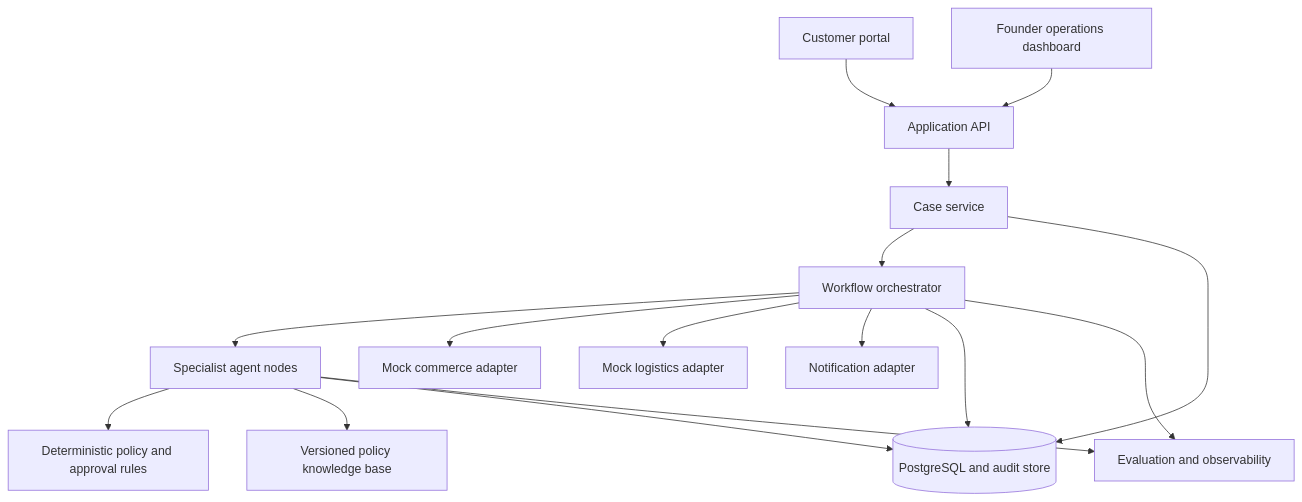
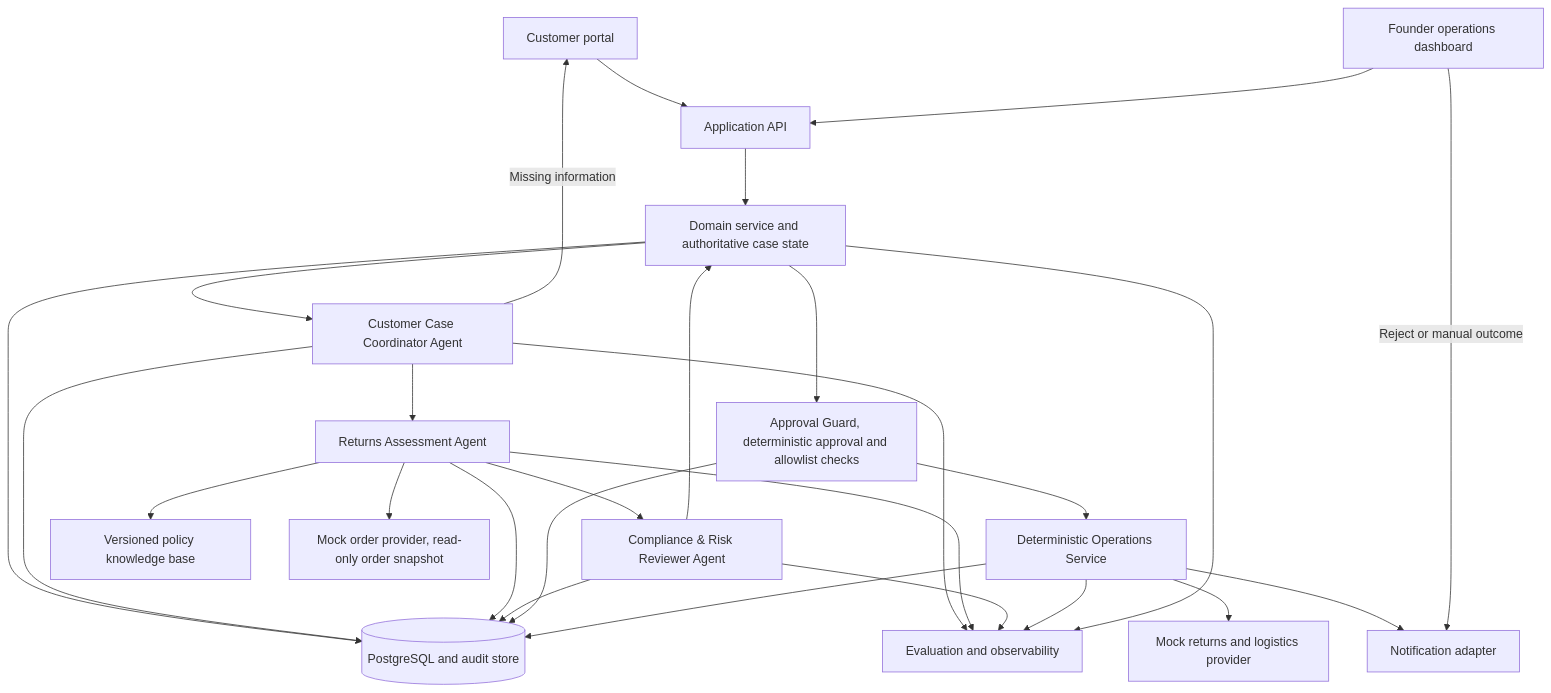
Before and after one commit to shuxiachai/returnops-au: the first of 3 diagrams in docs/02-system-design.md, drawn with Mermaid. The commit also changed other lines of this file and 2 other files, not shown here.

First line of the commit message:
docs: rebaseline UML models onto the three-agent baseline

````diff
--- a/docs/02-system-design.md
+++ b/docs/02-system-design.md
@@ -23,32 +23,45 @@
 ```mermaid
 flowchart TB
     C["Customer portal"]
     F["Founder operations dashboard"]
     API["Application API"]
-    CS["Case service"]
-    ORCH["Workflow orchestrator"]
-    AG["Specialist agent nodes"]
-    RULES["Deterministic policy and approval rules"]
+    DOM["Domain service and authoritative case state"]
+    COORD["Customer Case Coordinator Agent"]
+    ASSESS["Returns Assessment Agent"]
+    REVIEW["Compliance & Risk Reviewer Agent"]
+    GUARD["Approval Guard, deterministic approval and allowlist checks"]
+    OPS["Deterministic Operations Service"]
     KB["Versioned policy knowledge base"]
     DB[("PostgreSQL and audit store")]
-    COM["Mock commerce adapter"]
-    LOG["Mock logistics adapter"]
+    COM["Mock order provider, read-only order snapshot"]
+    LOG["Mock returns and logistics provider"]
     NOTIFY["Notification adapter"]
     OBS["Evaluation and observability"]
 
     C --> API
     F --> API
-    API --> CS
-    CS --> ORCH
-    ORCH --> AG
-    AG --> RULES
-    AG --> KB
-    ORCH --> COM
-    ORCH --> LOG
-    ORCH --> NOTIFY
-    CS --> DB
-    ORCH --> DB
-    AG --> DB
-    ORCH --> OBS
-    AG --> OBS
+    API --> DOM
+    DOM --> COORD
+    COORD --> ASSESS
+    COORD -->|Missing information| C
+    ASSESS --> COM
+    ASSESS --> KB
+    ASSESS --> REVIEW
+    REVIEW --> DOM
+    DOM --> GUARD
+    GUARD --> OPS
+    OPS --> LOG
+    OPS --> NOTIFY
+    DOM --> DB
+    COORD --> DB
+    ASSESS --> DB
+    REVIEW --> DB
+    GUARD --> DB
+    OPS --> DB
+    COORD --> OBS
+    ASSESS --> OBS
+    REVIEW --> OBS
+    OPS --> OBS
+    DOM --> OBS
+    F -->|Reject or manual outcome| NOTIFY
 ```
````
